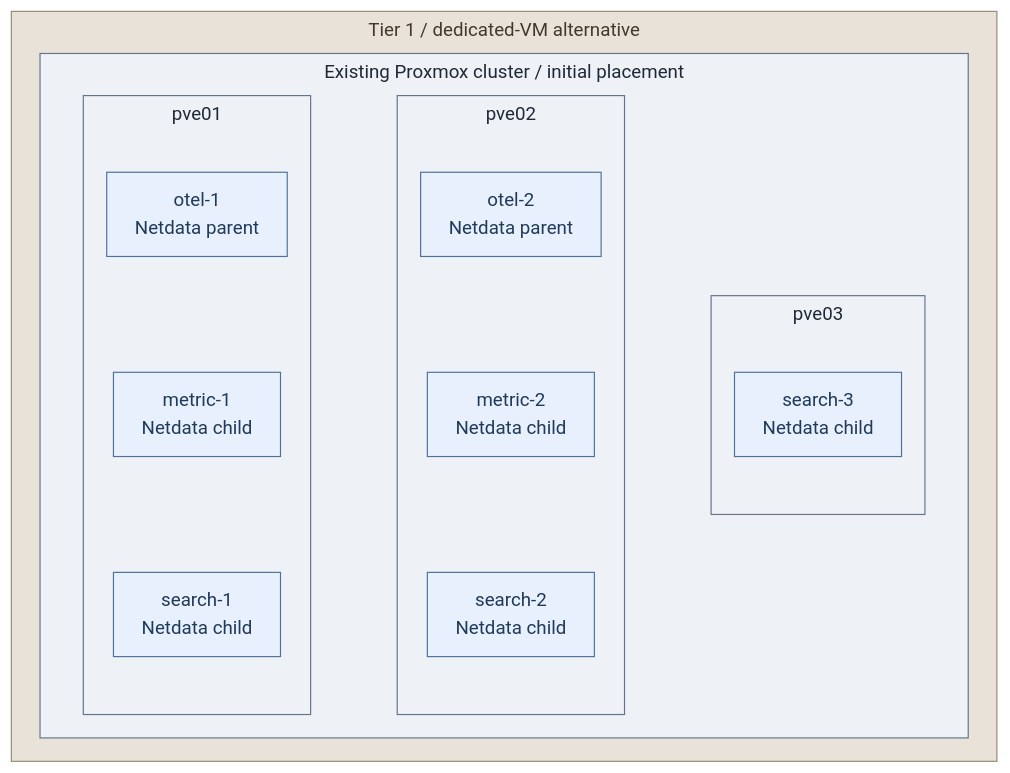
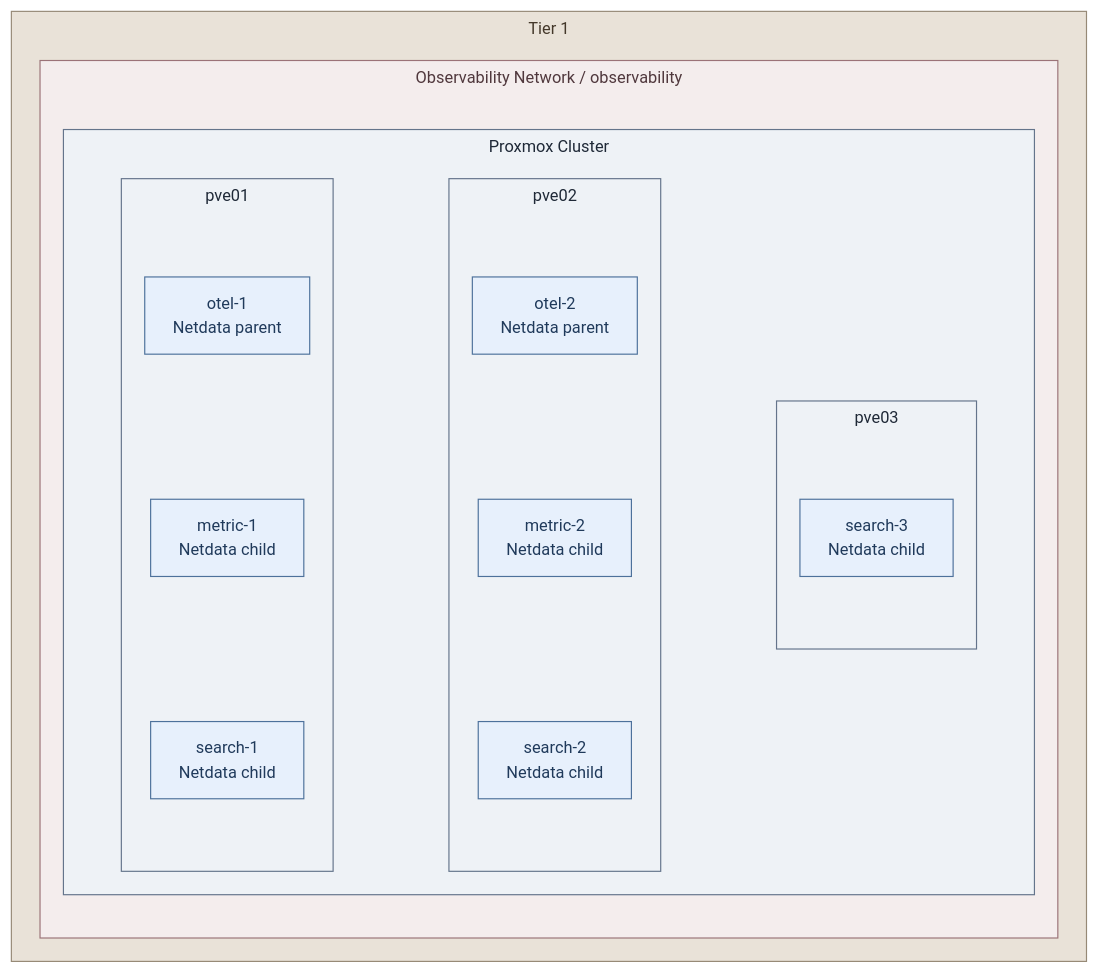
The diagram in docs/03-deployment/stage-8-observability/step-1b-dedicated-vms.md (Rexus/homelab), drawn with Mermaid before and after one commit. The commit also changed 124 other files, not shown here.

First line of the commit message:
fix(platform): align service diagrams and directory failover

````diff
--- a/docs/03-deployment/stage-8-observability/step-1b-dedicated-vms.md
+++ b/docs/03-deployment/stage-8-observability/step-1b-dedicated-vms.md
@@ -18,34 +18,39 @@
 ```mermaid
-%%{init: {"theme":"base","flowchart":{"nodeSpacing":20,"rankSpacing":24,"padding":12,"subGraphTitleMargin":{"top":4,"bottom":12}},"themeVariables":{"lineColor":"#627581","edgeLabelBackground":"#f8fafc"}}}%%
+%%{init: {"theme":"base","flowchart":{"nodeSpacing":20,"rankSpacing":24,"padding":12,"subGraphTitleMargin":{"top":4,"bottom":18}},"themeVariables":{"lineColor":"#627581","edgeLabelBackground":"#f8fafc","fontFamily":"Arial, sans-serif","fontSize":"14px"},"fontFamily":"Arial, sans-serif"}}%%
 flowchart TB
-  subgraph T1["Tier 1 / dedicated-VM alternative"]
-    subgraph PVE["Existing Proxmox cluster / initial placement"]
-      direction LR
-      subgraph A["pve01"]
-        direction TB
-        O1["otel-1<br/>Netdata parent"]
-        M1["metric-1<br/>Netdata child"]
-        S1["search-1<br/>Netdata child"]
-        O1 ~~~ M1 ~~~ S1
+  subgraph T1["Tier 1"]
+    subgraph ObservabilityNetwork["Observability Network / observability"]
+      subgraph PVE["Proxmox Cluster"]
+        direction LR
+        subgraph A["pve01"]
+          direction TB
+          O1["otel-1<br/>Netdata parent"]
+          M1["metric-1<br/>Netdata child"]
+          S1["search-1<br/>Netdata child"]
+          O1 ~~~ M1 ~~~ S1
+        end
+        subgraph B["pve02"]
+          direction TB
+          O2["otel-2<br/>Netdata parent"]
+          M2["metric-2<br/>Netdata child"]
+          S2["search-2<br/>Netdata child"]
+          O2 ~~~ M2 ~~~ S2
+        end
+        subgraph C["pve03"]
+          S3["search-3<br/>Netdata child"]
+        end
+        A ~~~ B ~~~ C
       end
-      subgraph B["pve02"]
-        direction TB
-        O2["otel-2<br/>Netdata parent"]
-        M2["metric-2<br/>Netdata child"]
-        S2["search-2<br/>Netdata child"]
-        O2 ~~~ M2 ~~~ S2
-      end
-      subgraph C["pve03"]
-        S3["search-3<br/>Netdata child"]
-      end
-      A ~~~ B ~~~ C
     end
   end
   classDef default fill:#f8fafc,stroke:#64748b,color:#1f2937
   classDef services fill:#e7f0fc,stroke:#4d719b,color:#203a5b
   classDef boundary fill:#eef2f6,stroke:#64748b,color:#1f2937
   class O1,O2,M1,M2,S1,S2,S3 services
   class PVE,A,B,C boundary
   classDef tier1 fill:#e9e2d8,stroke:#968976,color:#44382a
   class T1 tier1
+  classDef zoneServices fill:#e1eaf6,stroke:#4d719b,color:#203a5b
+  classDef network fill:#f4eded,stroke:#9b7378,color:#50383d
+  class ObservabilityNetwork network
 ```
````
